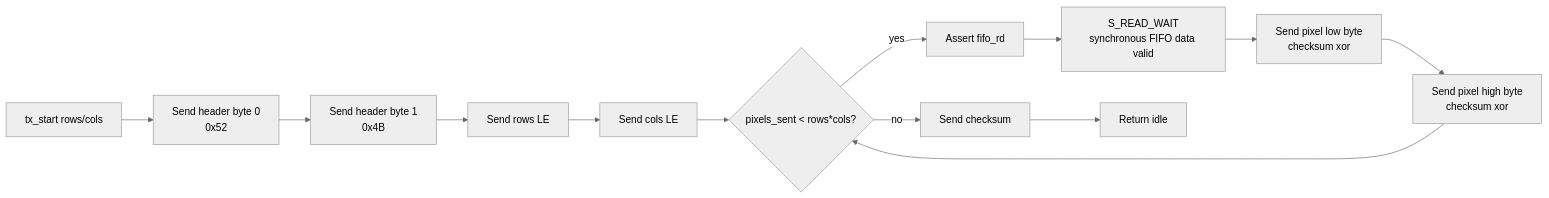
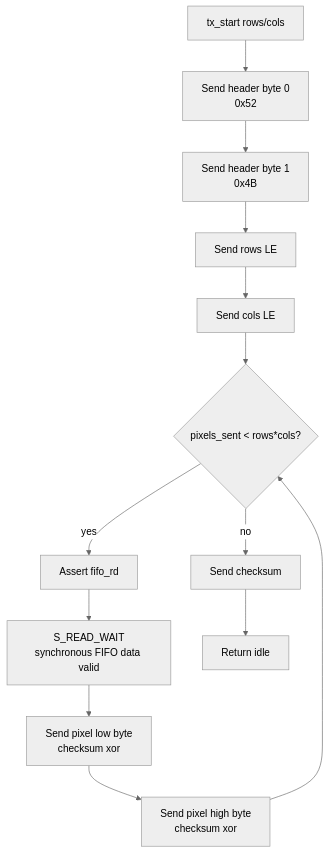
One commit to RESBI/FPGA-Mandelbrot-Demo changed diagram 13 of 13 in ARCHITECTURE.md. Above: the diagram before and after it, drawn with Mermaid (neutral theme). The commit also changed other lines of this file and 15 other files, not shown here.

````diff
--- a/ARCHITECTURE.md
+++ b/ARCHITECTURE.md
@@ -683,15 +746,15 @@
 ```mermaid
-flowchart LR
+flowchart TB
     START["tx_start rows/cols"] --> H0["Send header byte 0<br/>0x52"]
     H0 --> H1["Send header byte 1<br/>0x4B"]
     H1 --> HR["Send rows LE"]
     HR --> HC["Send cols LE"]
     HC --> PIXWAIT{"pixels_sent < rows*cols?"}
     PIXWAIT -->|yes| RD[Assert fifo_rd]
     RD --> RWAIT["S_READ_WAIT<br/>synchronous FIFO data valid"]
     RWAIT --> LO["Send pixel low byte<br/>checksum xor"]
     LO --> HI["Send pixel high byte<br/>checksum xor"]
     HI --> PIXWAIT
     PIXWAIT -->|no| CS[Send checksum]
     CS --> DONE[Return idle]
 ```
````
